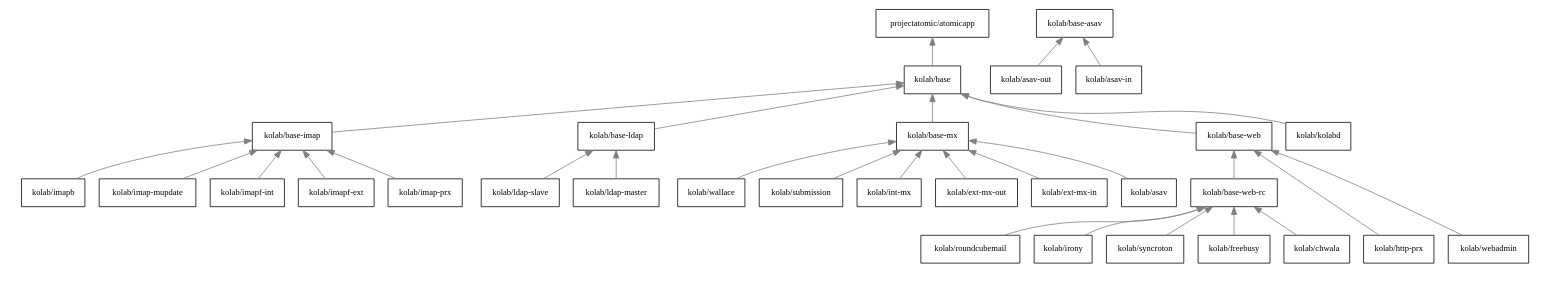
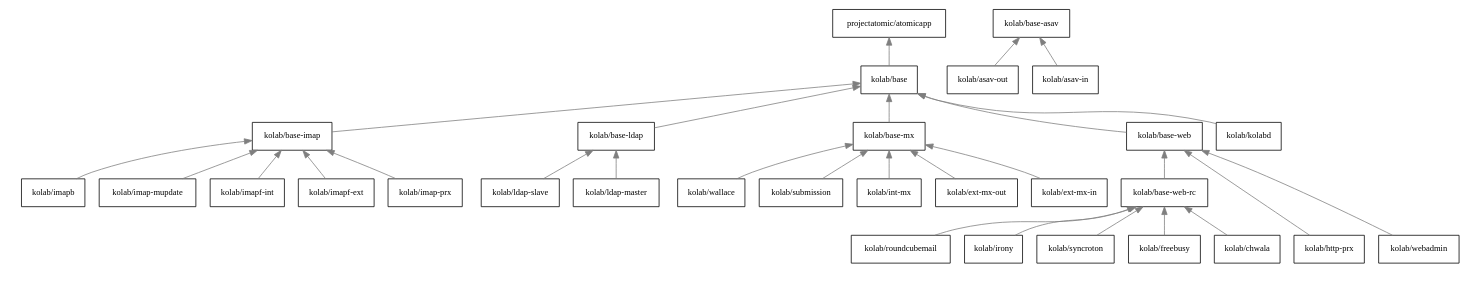
Before and after one commit to kanarip/kolab-atomicapp: the first of 2 diagrams in docs/index.rst, drawn with Graphviz. The commit also changed other lines of this file, not shown here.

Commit message:
Correct the use of kolab-asav in the docs

```diff
--- a/docs/index.rst
+++ b/docs/index.rst
@@ -54,7 +54,8 @@
             subgraph cluster_mx {
                     color = white;
 
-                    "kolab/asav";
+                    "kolab/asav-in";
+                    "kolab/asav-out";
                     "kolab/ext-mx-in";
                     "kolab/ext-mx-out";
                     "kolab/int-mx";
@@ -98,7 +99,6 @@
                     "kolab/ldap-slave" [dir=back];
 
             "kolab/base-mx" ->
-                    "kolab/asav",
                     "kolab/ext-mx-in",
                     "kolab/ext-mx-out",
                     "kolab/int-mx",
```
